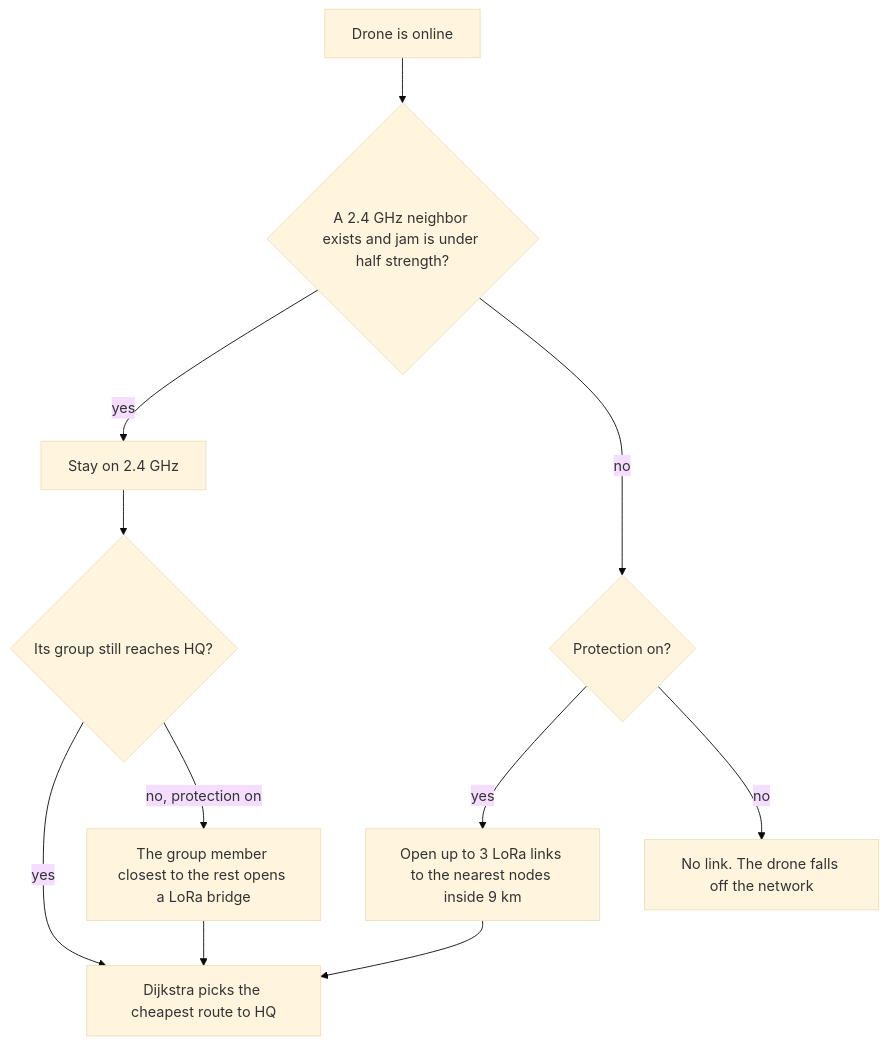
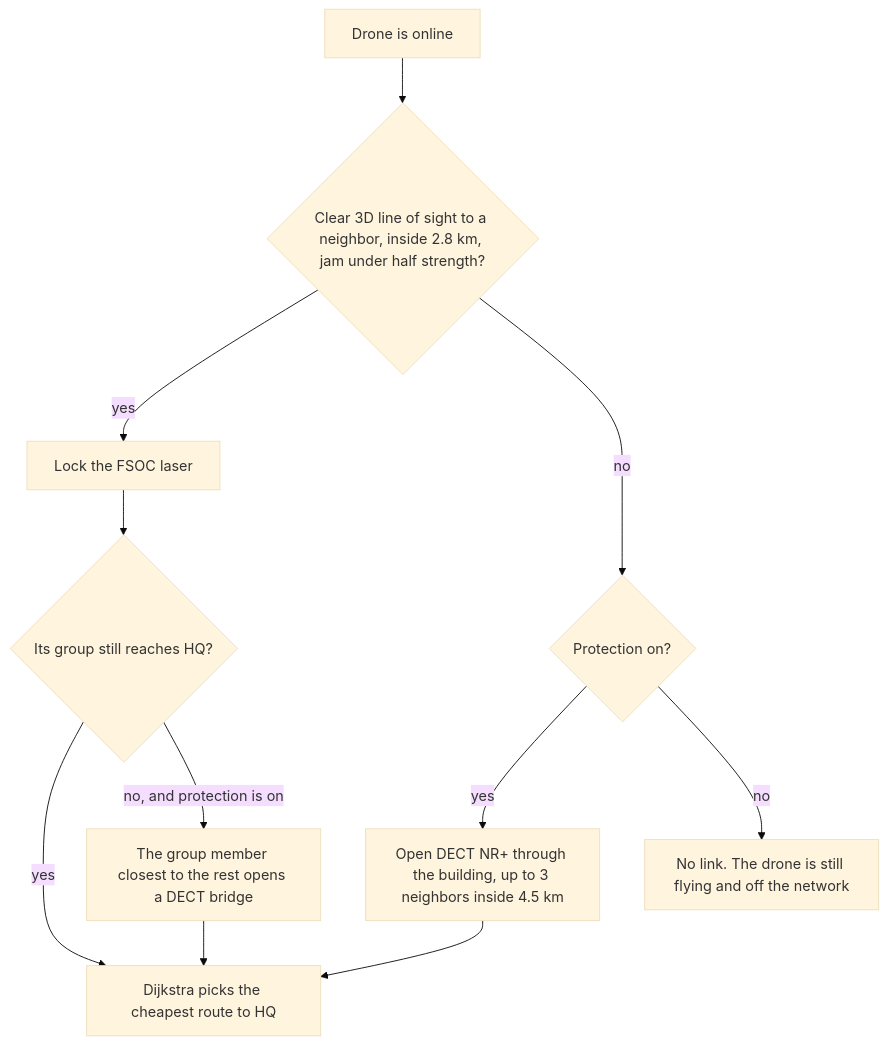
The second of 4 diagrams in README.md (IliasSoultana/dortmund-air-shield), drawn with Mermaid (base theme) before and after one commit. The commit also changed other lines of this file, not shown here.

Commit message:
Lead the README with the city problem, then the 3D FSOC and DECT mesh that answers it.

````diff
--- a/README.md
+++ b/README.md
@@ -99,13 +120,13 @@
 ```mermaid
 flowchart TD
-  A["Drone is online"] --> B{"A 2.4 GHz neighbor exists and jam is under half strength?"}
-  B -->|yes| W["Stay on 2.4 GHz"]
+  A["Drone is online"] --> B{"Clear 3D line of sight to a neighbor, inside 2.8 km, jam under half strength?"}
+  B -->|yes| W["Lock the FSOC laser"]
   B -->|no| P{"Protection on?"}
-  P -->|yes| L["Open up to 3 LoRa links to the nearest nodes inside 9 km"]
-  P -->|no| N["No link. The drone falls off the network"]
+  P -->|yes| L["Open DECT NR+ through the building, up to 3 neighbors inside 4.5 km"]
+  P -->|no| N["No link. The drone is still flying and off the network"]
   W --> I{"Its group still reaches HQ?"}
   I -->|yes| R["Dijkstra picks the cheapest route to HQ"]
-  I -->|"no, protection on"| G["The group member closest to the rest opens a LoRa bridge"]
+  I -->|"no, and protection is on"| G["The group member closest to the rest opens a DECT bridge"]
   G --> R
   L --> R
 ```
````
